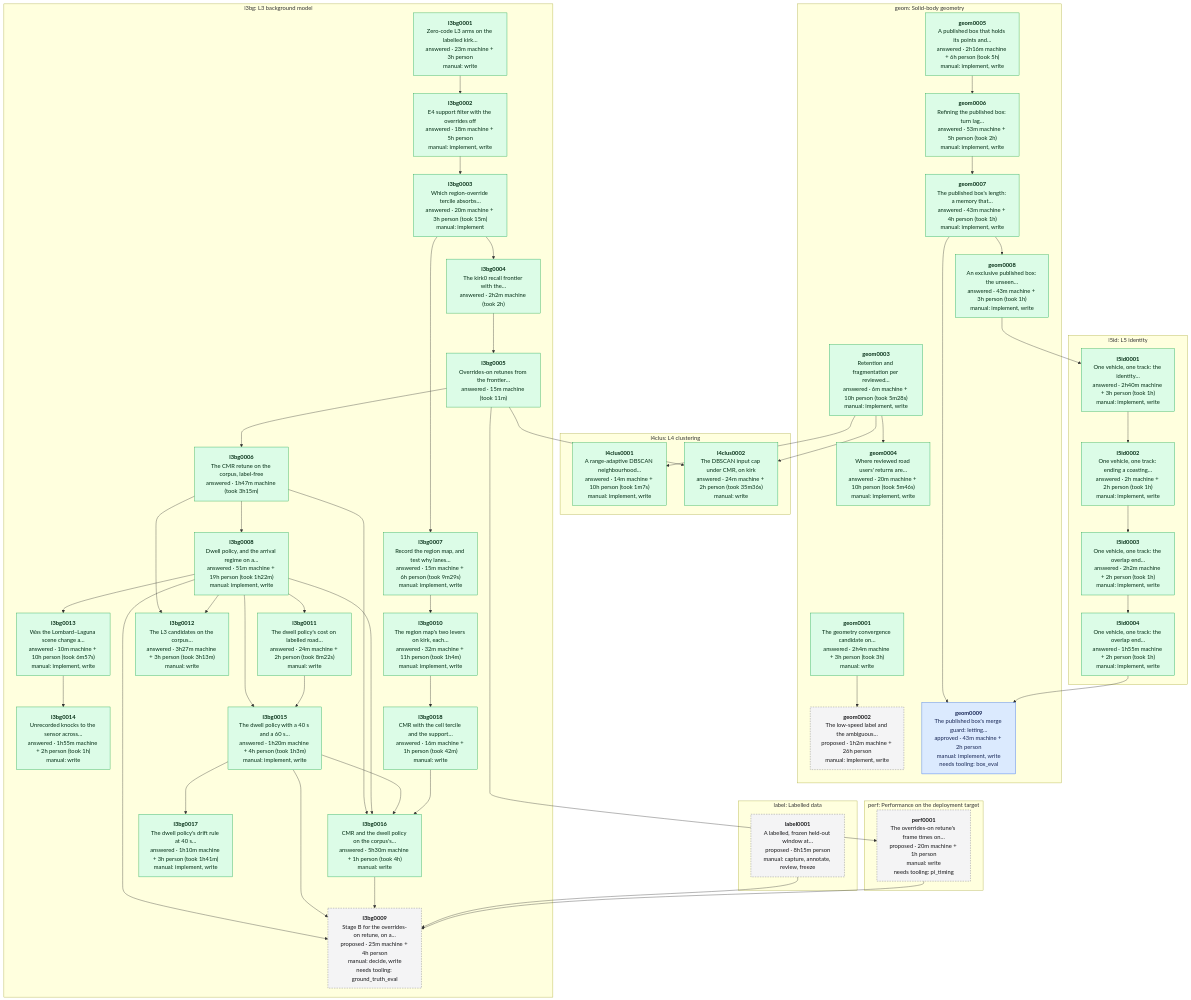
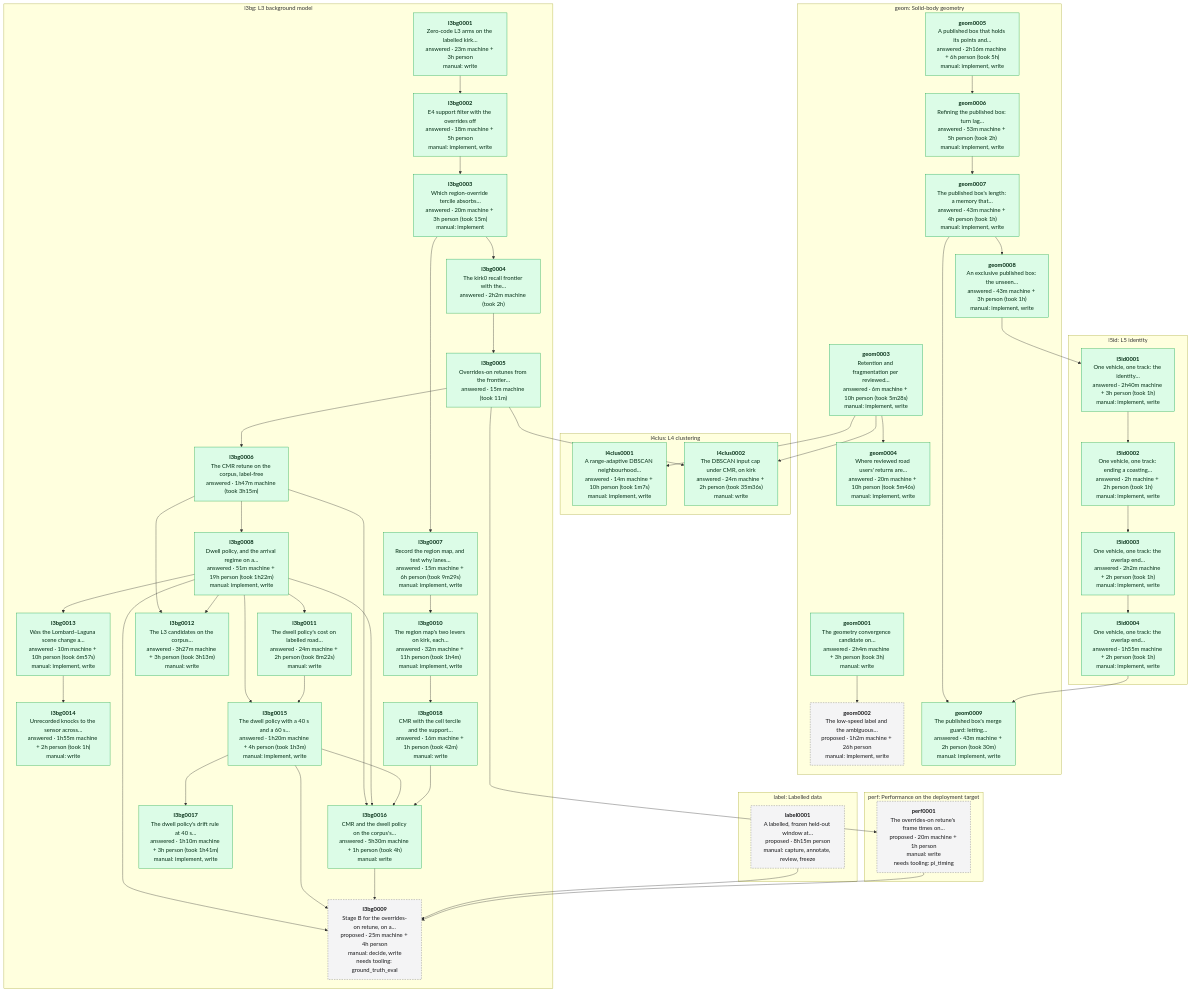
The diagram in data/experiments/DEPENDENCIES.md (banshee-data/velocity.report), drawn with Mermaid before and after one commit. The commit also changed other lines of this file and 3 other files, not shown here.

Commit message:
[ai][docs] geom0009 answered: admitting a growing body's spans fails by a tenth of a point and stays off

```diff
--- a/data/experiments/DEPENDENCIES.md
+++ b/data/experiments/DEPENDENCIES.md
@@ -19,7 +19,7 @@
     geom0006["<b>geom0006</b><br/>Refining the published box: turn lag…<br/>answered · 53m machine + 5h person (took 2h)<br/>manual: implement, write"]:::answered
     geom0007["<b>geom0007</b><br/>The published box's length: a memory that…<br/>answered · 43m machine + 4h person (took 1h)<br/>manual: implement, write"]:::answered
     geom0008["<b>geom0008</b><br/>An exclusive published box: the unseen…<br/>answered · 43m machine + 3h person (took 1h)<br/>manual: implement, write"]:::answered
-    geom0009["<b>geom0009</b><br/>The published box's merge guard: letting…<br/>approved · 43m machine + 2h person<br/>manual: implement, write<br/>needs tooling: box_eval"]:::approved
+    geom0009["<b>geom0009</b><br/>The published box's merge guard: letting…<br/>answered · 43m machine + 2h person (took 30m)<br/>manual: implement, write"]:::answered
   end
   subgraph area_l3bg ["l3bg: L3 background model"]
     l3bg0001["<b>l3bg0001</b><br/>Zero-code L3 arms on the labelled kirk…<br/>answered · 23m machine + 3h person<br/>manual: write"]:::answered
```
